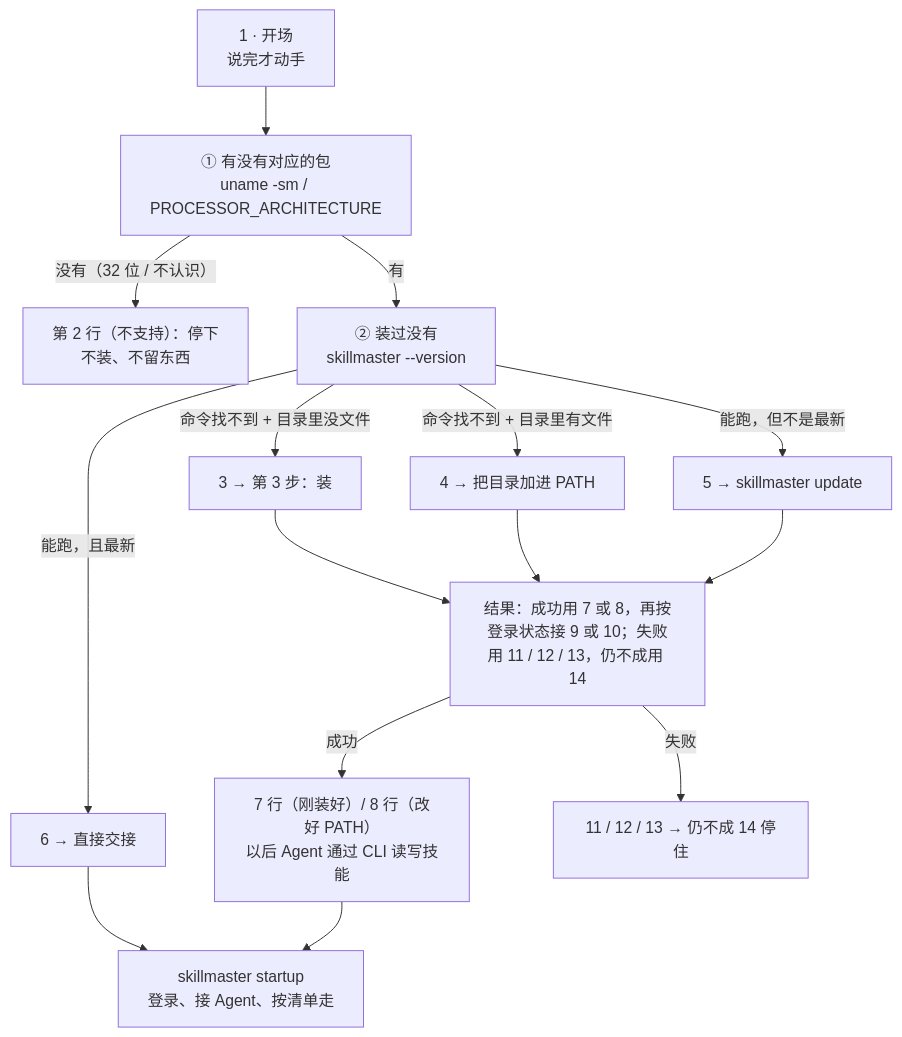
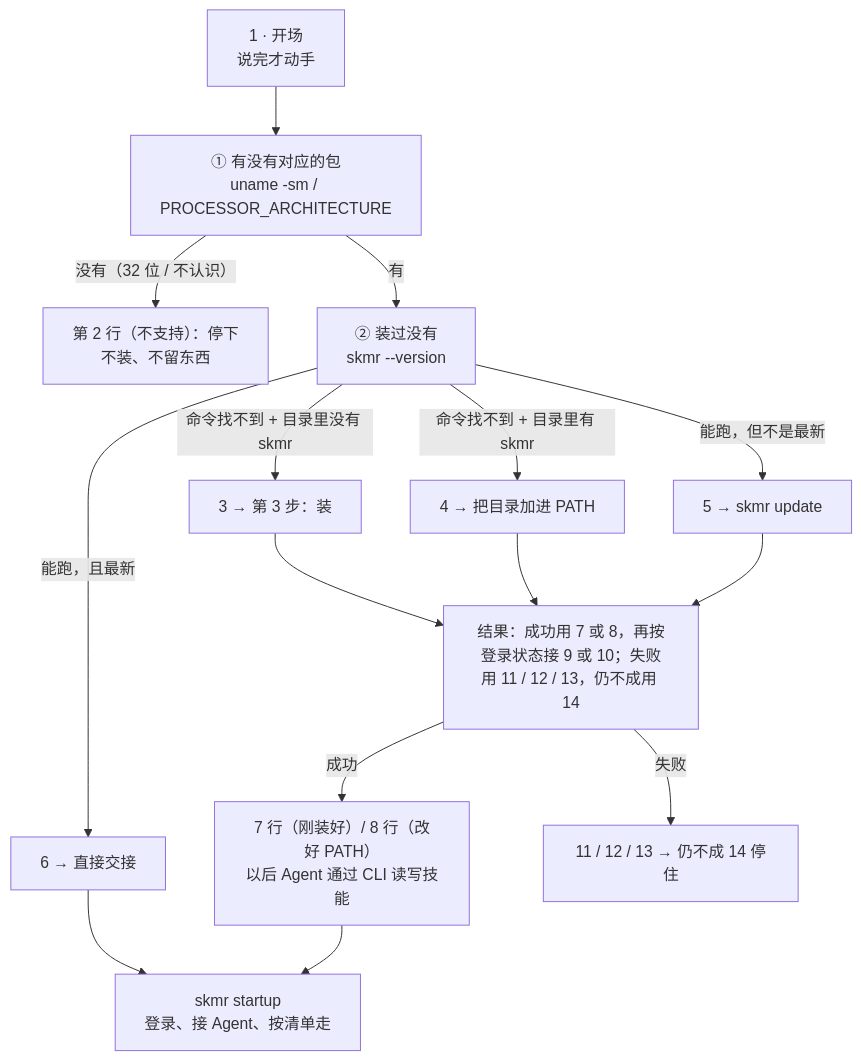
The diagram in skillmaster-cli/install/README.md (lijinzhao86/skillmaster), drawn with Mermaid before and after one commit. The commit also changed other lines of this file and 108 other files, not shown here.

First line of the commit message:
feat(cli): 命令名从 skillmaster 改为 skmr（v29）

````diff
--- a/skillmaster-cli/install/README.md
+++ b/skillmaster-cli/install/README.md
@@ -9,17 +9,17 @@
 ```mermaid
 flowchart TD
     A["1 · 开场<br/>说完才动手"] --> B["① 有没有对应的包<br/>uname -sm / PROCESSOR_ARCHITECTURE"]
     B -->|"没有（32 位 / 不认识）"| B1["第 2 行（不支持）：停下<br/>不装、不留东西"]
-    B -->|"有"| C["② 装过没有<br/>skillmaster --version"]
-    C -->|"命令找不到 + 目录里没文件"| D["3 → 第 3 步：装"]
-    C -->|"命令找不到 + 目录里有文件"| E["4 → 把目录加进 PATH"]
-    C -->|"能跑，但不是最新"| F["5 → skillmaster update"]
+    B -->|"有"| C["② 装过没有<br/>skmr --version"]
+    C -->|"命令找不到 + 目录里没有 skmr"| D["3 → 第 3 步：装"]
+    C -->|"命令找不到 + 目录里有 skmr"| E["4 → 把目录加进 PATH"]
+    C -->|"能跑，但不是最新"| F["5 → skmr update"]
     C -->|"能跑，且最新"| G["6 → 直接交接"]
     D --> H["结果：成功用 7 或 8，再按登录状态接 9 或 10；失败用 11 / 12 / 13，仍不成用 14"]
     E --> H
     F --> H
     H -->|"成功"| I["7 行（刚装好）/ 8 行（改好 PATH）<br/>以后 Agent 通过 CLI 读写技能"]
     G --> J
-    I --> J["skillmaster startup<br/>登录、接 Agent、按清单走"]
+    I --> J["skmr startup<br/>登录、接 Agent、按清单走"]
     H -->|"失败"| K["11 / 12 / 13 → 仍不成 14 停住"]
 ```
````
